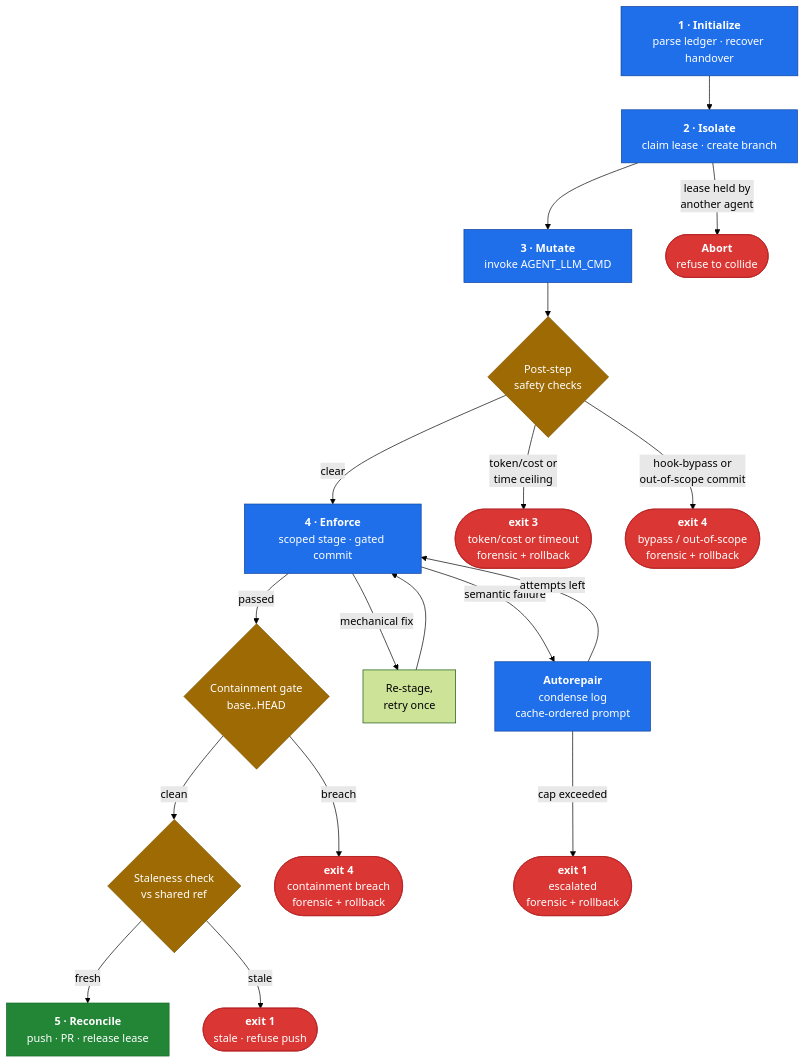
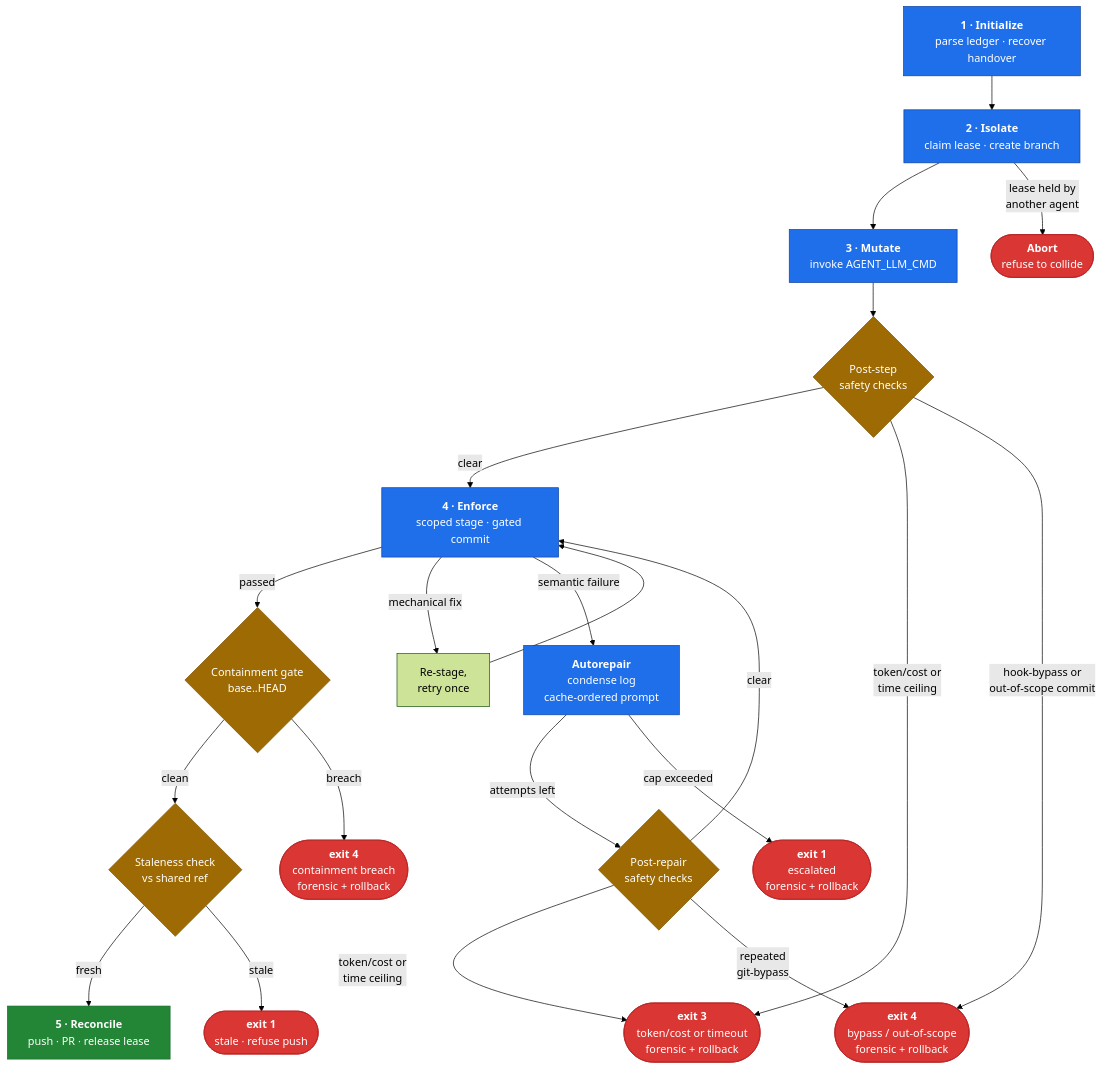
Before and after one commit to yuvhaim-gif/dev_harness: the diagram in harness/docs/overview.md, drawn with Mermaid (forest theme).

Commit message:
docs: show post-repair safety checks in five-state loop diagram

````diff
--- a/harness/docs/overview.md
+++ b/harness/docs/overview.md
@@ -67,50 +67,54 @@
 ```mermaid
 flowchart TD
     %% happy-path spine (top -> bottom)
     A["<b>1 · Initialize</b><br/>parse ledger · recover handover"]
     B["<b>2 · Isolate</b><br/>claim lease · create branch"]
     C["<b>3 · Mutate</b><br/>invoke AGENT_LLM_CMD"]
     G{"Post-step<br/>safety checks"}
+    H{"Post-repair<br/>safety checks"}
     D["<b>4 · Enforce</b><br/>scoped stage · gated commit"]
     P{"Containment gate<br/>base..HEAD"}
     S{"Staleness check<br/>vs shared ref"}
     F["<b>5 · Reconcile</b><br/>push · PR · release lease"]
 
     %% enforce repair loop
     C2["Re-stage,<br/>retry once"]
     E["<b>Autorepair</b><br/>condense log<br/>cache-ordered prompt"]
 
     %% terminals
     R0(["<b>Abort</b><br/>refuse to collide"])
     X3(["<b>exit 3</b><br/>token/cost or timeout<br/>forensic + rollback"])
     X4a(["<b>exit 4</b><br/>bypass / out-of-scope<br/>forensic + rollback"])
     X4b(["<b>exit 4</b><br/>containment breach<br/>forensic + rollback"])
     R1(["<b>exit 1</b><br/>escalated<br/>forensic + rollback"])
     R2(["<b>exit 1</b><br/>stale · refuse push"])
 
     A --> B --> C --> G
     G -->|clear| D
     D -->|passed| P
     P -->|clean| S
     S -->|fresh| F
 
     B -->|lease held by<br/>another agent| R0
     G -->|token/cost or<br/>time ceiling| X3
     G -->|hook-bypass or<br/>out-of-scope commit| X4a
     D -->|mechanical fix| C2 --> D
     D -->|semantic failure| E
-    E -->|attempts left| D
+    E -->|attempts left| H
     E -->|cap exceeded| R1
+    H -->|clear| D
+    H -->|token/cost or<br/>time ceiling| X3
+    H -->|repeated<br/>git-bypass| X4a
     P -->|breach| X4b
     S -->|stale| R2
 
     classDef state fill:#1f6feb,stroke:#0d419d,color:#ffffff;
     classDef decision fill:#9e6a03,stroke:#7d5300,color:#ffffff;
     classDef success fill:#238636,stroke:#196c2e,color:#ffffff;
     classDef abort fill:#da3633,stroke:#b62324,color:#ffffff;
 
     class A,B,C,D,E state;
-    class G,P,S decision;
+    class G,H,P,S decision;
     class F success;
     class R0,X3,X4a,X4b,R1,R2 abort;
 ```
````
